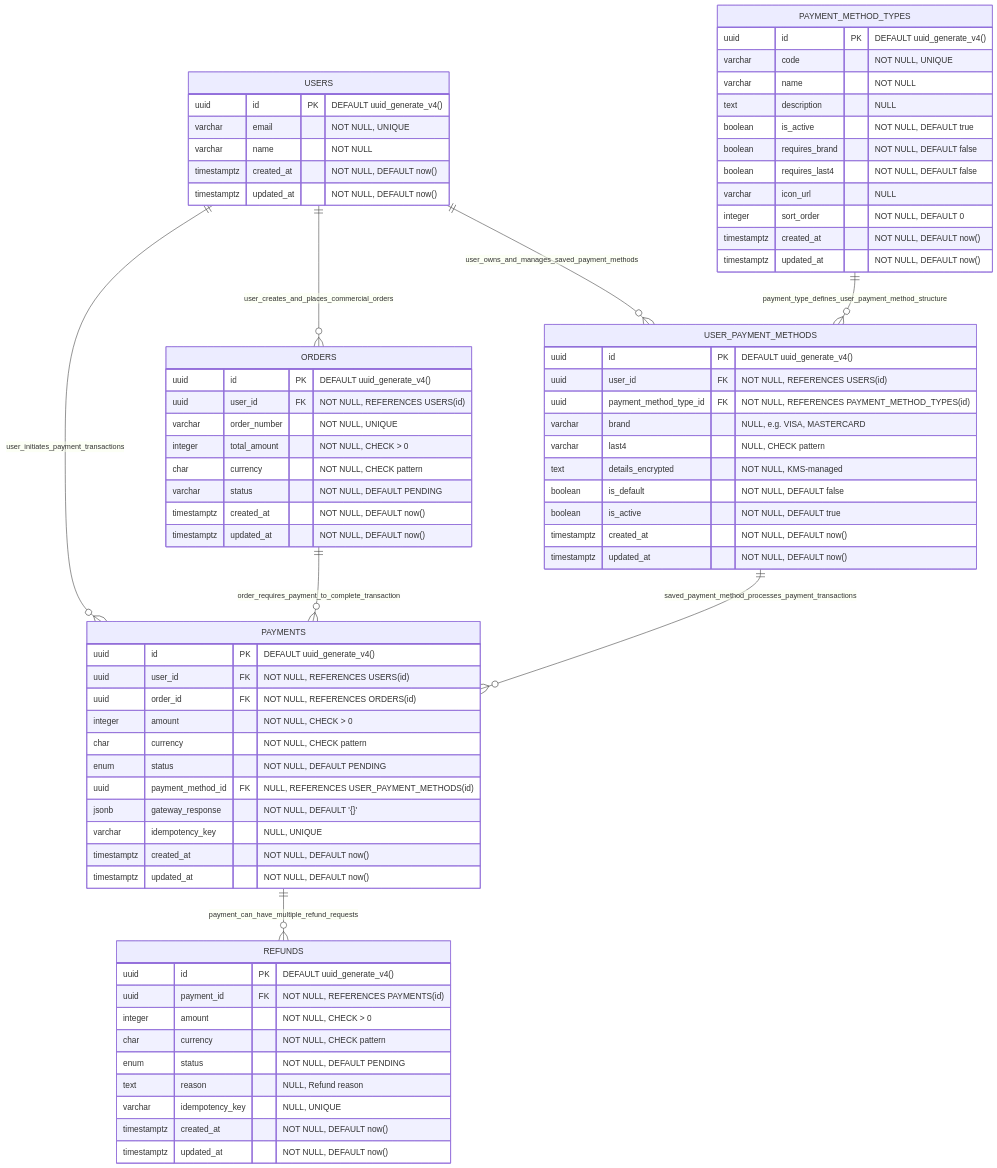
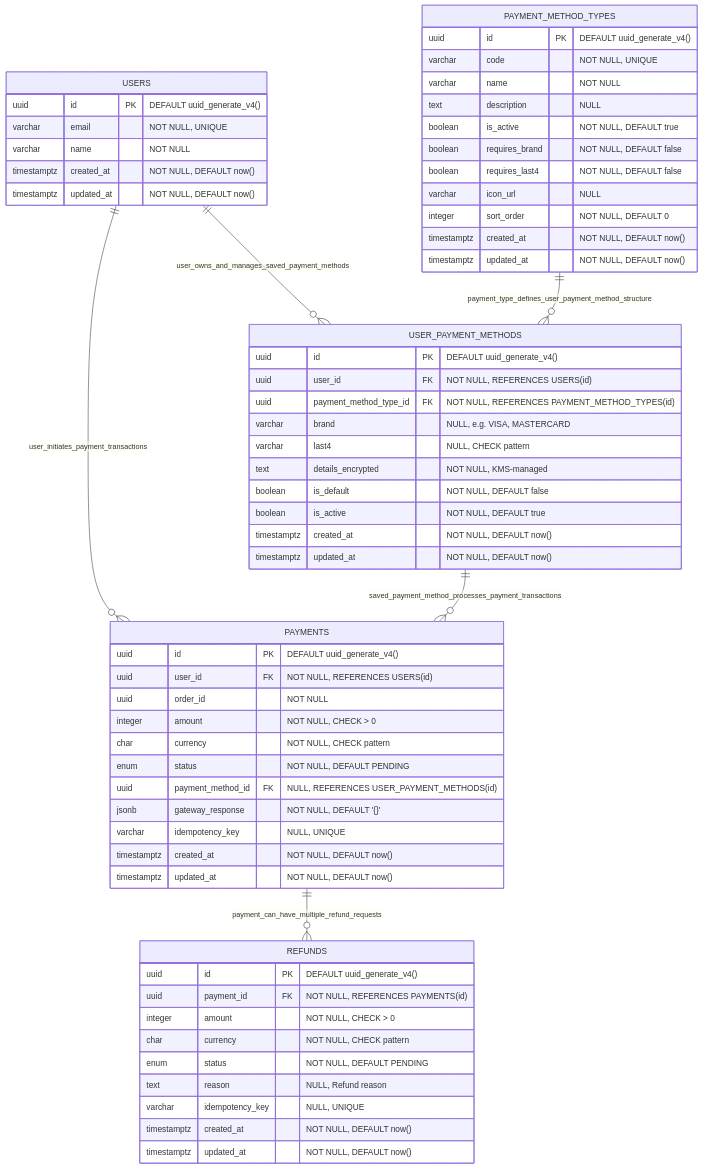
Before and after one commit to gayagenius/payment-service-production: the diagram in docs/ERD.mmd, drawn with Mermaid. The commit also changed 7 other files, not shown here.

```diff
--- a/docs/ERD.mmd
+++ b/docs/ERD.mmd
@@ -1,80 +1,68 @@
 erDiagram
     USERS {
         uuid id PK "DEFAULT uuid_generate_v4()"
         varchar email "NOT NULL, UNIQUE"
         varchar name "NOT NULL"
         timestamptz created_at "NOT NULL, DEFAULT now()"
         timestamptz updated_at "NOT NULL, DEFAULT now()"
     }
 
     PAYMENT_METHOD_TYPES {
         uuid id PK "DEFAULT uuid_generate_v4()"
         varchar code "NOT NULL, UNIQUE"
         varchar name "NOT NULL"
         text description "NULL"
         boolean is_active "NOT NULL, DEFAULT true"
         boolean requires_brand "NOT NULL, DEFAULT false"
         boolean requires_last4 "NOT NULL, DEFAULT false"
         varchar icon_url "NULL"
         integer sort_order "NOT NULL, DEFAULT 0"
         timestamptz created_at "NOT NULL, DEFAULT now()"
         timestamptz updated_at "NOT NULL, DEFAULT now()"
     }
 
     USER_PAYMENT_METHODS {
         uuid id PK "DEFAULT uuid_generate_v4()"
         uuid user_id FK "NOT NULL, REFERENCES USERS(id)"
         uuid payment_method_type_id FK "NOT NULL, REFERENCES PAYMENT_METHOD_TYPES(id)"
         varchar brand "NULL, e.g. VISA, MASTERCARD"
         varchar last4 "NULL, CHECK pattern"
         text details_encrypted "NOT NULL, KMS-managed"
         boolean is_default "NOT NULL, DEFAULT false"
         boolean is_active "NOT NULL, DEFAULT true"
         timestamptz created_at "NOT NULL, DEFAULT now()"
         timestamptz updated_at "NOT NULL, DEFAULT now()"
     }
 
-    ORDERS {
-        uuid id PK "DEFAULT uuid_generate_v4()"
-        uuid user_id FK "NOT NULL, REFERENCES USERS(id)"
-        varchar order_number "NOT NULL, UNIQUE"
-        integer total_amount "NOT NULL, CHECK > 0"
-        char currency "NOT NULL, CHECK pattern"
-        varchar status "NOT NULL, DEFAULT PENDING"
-        timestamptz created_at "NOT NULL, DEFAULT now()"
-        timestamptz updated_at "NOT NULL, DEFAULT now()"
-    }
 
     PAYMENTS {
         uuid id PK "DEFAULT uuid_generate_v4()"
         uuid user_id FK "NOT NULL, REFERENCES USERS(id)"
-        uuid order_id FK "NOT NULL, REFERENCES ORDERS(id)"
+        uuid order_id "NOT NULL"
         integer amount "NOT NULL, CHECK > 0"
         char currency "NOT NULL, CHECK pattern"
         enum status "NOT NULL, DEFAULT PENDING"
         uuid payment_method_id FK "NULL, REFERENCES USER_PAYMENT_METHODS(id)"
         jsonb gateway_response "NOT NULL, DEFAULT '{}'"
         varchar idempotency_key "NULL, UNIQUE"
         timestamptz created_at "NOT NULL, DEFAULT now()"
         timestamptz updated_at "NOT NULL, DEFAULT now()"
     }
 
     REFUNDS {
         uuid id PK "DEFAULT uuid_generate_v4()"
         uuid payment_id FK "NOT NULL, REFERENCES PAYMENTS(id)"
         integer amount "NOT NULL, CHECK > 0"
         char currency "NOT NULL, CHECK pattern"
         enum status "NOT NULL, DEFAULT PENDING"
         text reason "NULL, Refund reason"
         varchar idempotency_key "NULL, UNIQUE"
         timestamptz created_at "NOT NULL, DEFAULT now()"
         timestamptz updated_at "NOT NULL, DEFAULT now()"
     }
 
     USERS ||--o{ USER_PAYMENT_METHODS : "user_owns_and_manages_saved_payment_methods"
-    USERS ||--o{ ORDERS : "user_creates_and_places_commercial_orders"
     USERS ||--o{ PAYMENTS : "user_initiates_payment_transactions"
     PAYMENT_METHOD_TYPES ||--o{ USER_PAYMENT_METHODS : "payment_type_defines_user_payment_method_structure"
-    ORDERS ||--o{ PAYMENTS : "order_requires_payment_to_complete_transaction"
     USER_PAYMENT_METHODS ||--o{ PAYMENTS : "saved_payment_method_processes_payment_transactions"
     PAYMENTS ||--o{ REFUNDS : "payment_can_have_multiple_refund_requests"
```
